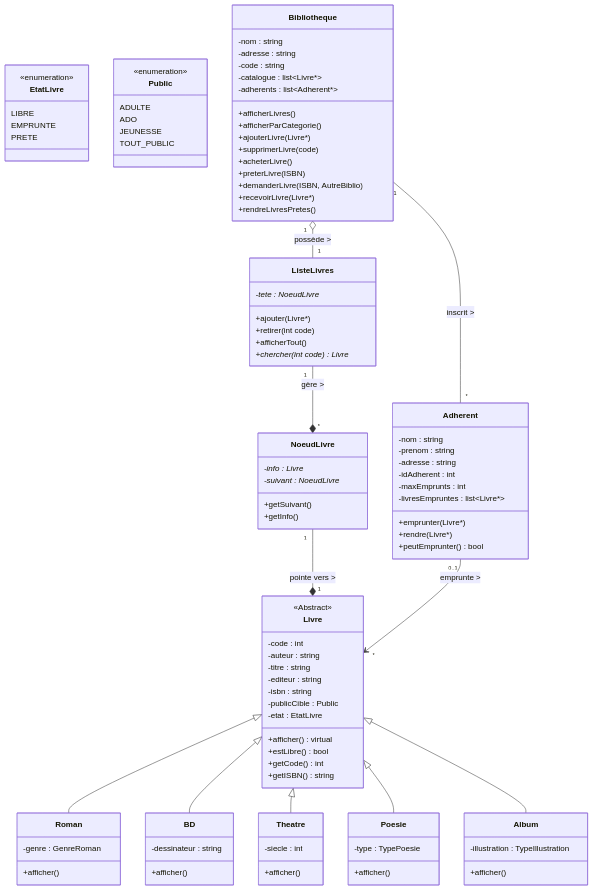
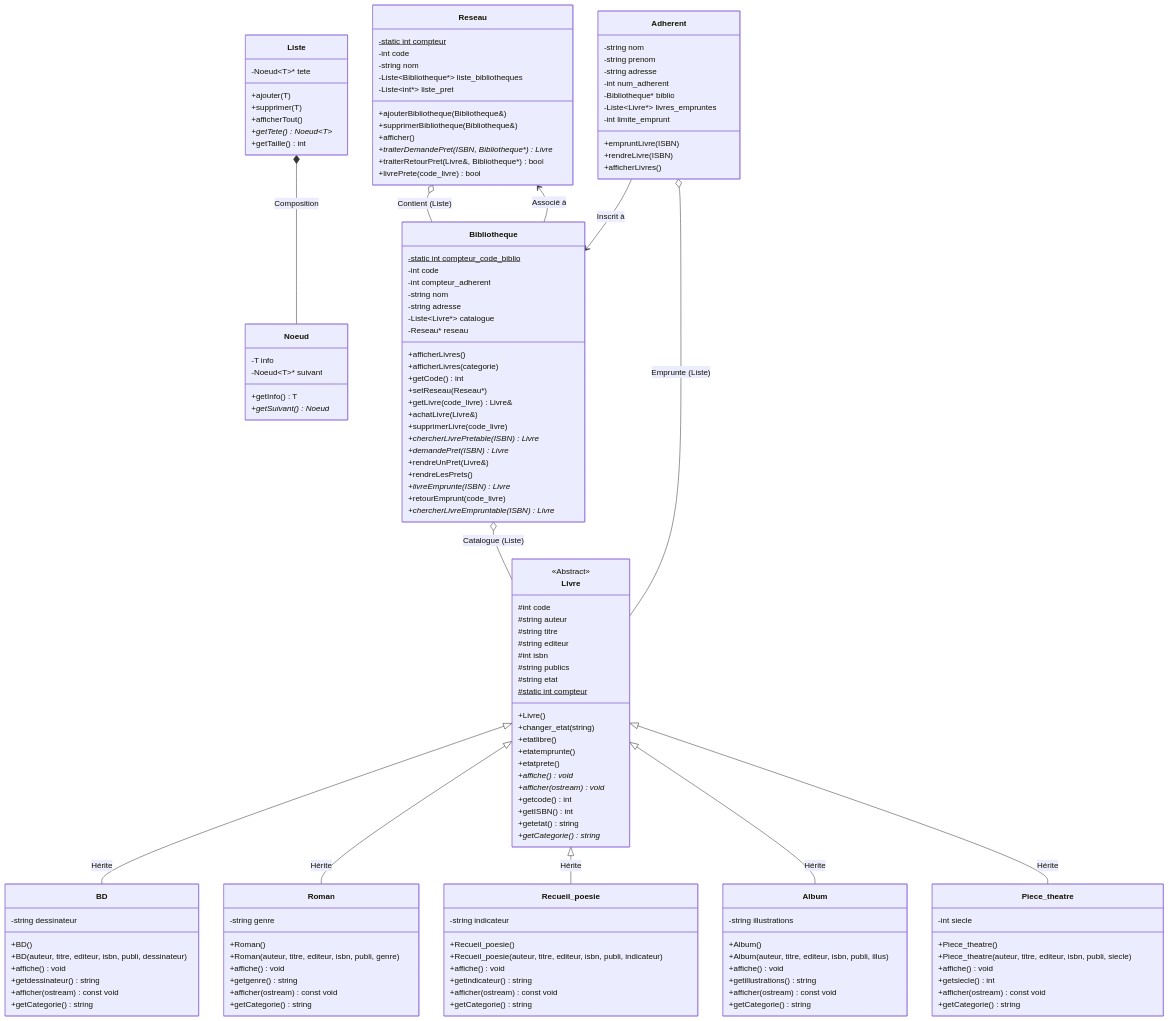
One commit to maxsils/Projet_Cpp changed the diagram in diagram/diagram_uml.md. Above: the diagram before and after it, drawn with Mermaid.

Commit message:
Actualisation du diagramme UML

````diff
--- a/diagram/diagram_uml.md
+++ b/diagram/diagram_uml.md
@@ -1,117 +1,161 @@
 ```mermaid
 classDiagram
-    class EtatLivre {
-        <<enumeration>>
-        LIBRE
-        EMPRUNTE
-        PRETE
-    }
+    %% --- RELATIONS D'HÉRITAGE (Polymorphisme) ---
+    Livre <|-- BD : Hérite
+    Livre <|-- Roman : Hérite
+    Livre <|-- Recueil_poesie : Hérite
+    Livre <|-- Album : Hérite
+    Livre <|-- Piece_theatre : Hérite
 
-    class Public {
-        <<enumeration>>
-        ADULTE
-        ADO
-        JEUNESSE
-        TOUT_PUBLIC
-    }
+    %% --- RELATIONS DE COMPOSITION/AGRÉGATION (Structures) ---
+    Liste *-- Noeud : Composition
+    
+    %% --- RELATIONS ENTRE ENTITÉS PRINCIPALES ---
+    Reseau o-- Bibliotheque : Contient (Liste)
+    Bibliotheque o-- Livre : Catalogue (Liste)
+    Bibliotheque --> Reseau : Associé à
+    Adherent --> Bibliotheque : Inscrit à
+    Adherent o-- Livre : Emprunte (Liste)
+
+    %% --- DÉFINITION DES CLASSES ---
 
     class Livre {
         <<Abstract>>
-        -code : int
-        -auteur : string
-        -titre : string
-        -editeur : string
-        -isbn : string
-        -publicCible : Public
-        -etat : EtatLivre
-        +afficher() virtual
-        +estLibre() bool
-        +getCode() int
-        +getISBN() string
+        #int code
+        #string auteur
+        #string titre
+        #string editeur
+        #int isbn
+        #string publics
+        #string etat
+        #static int compteur$
+        +Livre()
+        +changer_etat(string)
+        +etatlibre()
+        +etatemprunte()
+        +etatprete()
+        +affiche()* void
+        +afficher(ostream)* void
+        +getcode() int
+        +getISBN() int
+        +getetat() string
+        +getCategorie()* string
     }
 
     class Roman {
-        -genre : GenreRoman
-        +afficher()
+        -string genre
+        +Roman()
+        +Roman(auteur, titre, editeur, isbn, publi, genre)
+        +affiche() void
+        +getgenre() string
+        +afficher(ostream) const void
+        +getCategorie() string
+    }
+
+    class Recueil_poesie {
+        -string indicateur
+        +Recueil_poesie()
+        +Recueil_poesie(auteur, titre, editeur, isbn, publi, indicateur)
+        +affiche() void
+        +getindicateur() string
+        +afficher(ostream) const void
+        +getCategorie() string
+    }
+
+    class Album {
+        -string illustrations
+        +Album()
+        +Album(auteur, titre, editeur, isbn, publi, illus)
+        +affiche() void
+        +getillustrations() string
+        +afficher(ostream) const void
+        +getCategorie() string
+    }
+
+    class Piece_theatre {
+        -int siecle
+        +Piece_theatre()
+        +Piece_theatre(auteur, titre, editeur, isbn, publi, siecle)
+        +affiche() void
+        +getsiecle() int
+        +afficher(ostream) const void
+        +getCategorie() string
     }
 
     class BD {
-        -dessinateur : string
-        +afficher()
+        -string dessinateur
+        +BD()
+        +BD(auteur, titre, editeur, isbn, publi, dessinateur)
+        +affiche() void
+        +getdessinateur() string
+        +afficher(ostream) const void
+        +getCategorie() string
     }
 
-    class Theatre {
-        -siecle : int
-        +afficher()
+    class Bibliotheque {
+        -static int compteur_code_biblio$
+        -int code
+        -int compteur_adherent
+        -string nom
+        -string adresse
+        -Liste~Livre*~ catalogue
+        -Reseau* reseau
+        +afficherLivres()
+        +afficherLivres(categorie)
+        +getCode() int
+        +setReseau(Reseau*)
+        +getLivre(code_livre) Livre&
+        +achatLivre(Livre&)
+        +supprimerLivre(code_livre)
+        +chercherLivrePretable(ISBN) Livre*
+        +demandePret(ISBN) Livre*
+        +rendreUnPret(Livre&)
+        +rendreLesPrets()
+        +livreEmprunte(ISBN) Livre*
+        +retourEmprunt(code_livre)
+        +chercherLivreEmpruntable(ISBN) Livre*
     }
 
-    class Poesie {
-        -type : TypePoesie
+    class Reseau {
+        -static int compteur$
+        -int code
+        -string nom
+        -Liste~Bibliotheque*~ liste_bibliotheques
+        -Liste~int*~ liste_pret
+        +ajouterBibliotheque(Bibliotheque&)
+        +supprimerBibliotheque(Bibliotheque&)
         +afficher()
-    }
-
-    class Album {
-        -illustration : TypeIllustration
-        +afficher()
+        +traiterDemandePret(ISBN, Bibliotheque*) Livre*
+        +traiterRetourPret(Livre&, Bibliotheque*) bool
+        +livrePrete(code_livre) bool
     }
 
     class Adherent {
-        -nom : string
-        -prenom : string
-        -adresse : string
-        -idAdherent : int
-        -maxEmprunts : int
-        -livresEmpruntes : list~Livre*~
-        +emprunter(Livre*)
-        +rendre(Livre*)
-        +peutEmprunter() bool
+        -string nom
+        -string prenom
+        -string adresse
+        -int num_adherent
+        -Bibliotheque* biblio
+        -Liste~Livre*~ livres_empruntes
+        -int limite_emprunt
+        +empruntLivre(ISBN)
+        +rendreLivre(ISBN)
+        +afficherLivres()
     }
 
-    class Bibliotheque {
-        -nom : string
-        -adresse : string
-        -code : string
-        -catalogue : list~Livre*~
-        -adherents : list~Adherent*~
-        +afficherLivres()
-        +afficherParCategorie()
-        +ajouterLivre(Livre*)
-        +supprimerLivre(code)
-        +acheterLivre()
-        +preterLivre(ISBN)
-        +demanderLivre(ISBN, AutreBiblio)
-        +recevoirLivre(Livre*)
-        +rendreLivresPretes()
+    class Liste~T~ {
+        -Noeud~T~* tete
+        +ajouter(T)
+        +supprimer(T)
+        +afficherTout()
+        +getTete() Noeud~T~*
+        +getTaille() int
     }
 
-    class NoeudLivre {
-        -info : Livre*
-        -suivant : NoeudLivre*
-        +getSuivant()
-        +getInfo()
+    class Noeud~T~ {
+        -T info
+        -Noeud~T~* suivant
+        +getInfo() T
+        +getSuivant() Noeud*
     }
-
-    class ListeLivres {
-        -tete : NoeudLivre*
-        +ajouter(Livre*)
-        +retirer(int code)
-        +afficherTout()
-        +chercher(int code) Livre*
-    }
-
-    
-
-    %% Relations d'héritage
-    Livre <|-- Roman
-    Livre <|-- BD
-    Livre <|-- Theatre
-    Livre <|-- Poesie
-    Livre <|-- Album
-
-    %% Relations d'association
-    Bibliotheque "1" o-- "1" ListeLivres : possède >
-    ListeLivres "1" --* "*" NoeudLivre : gère >
-    NoeudLivre "1" --* "1" Livre : pointe vers >
-    Bibliotheque "1" -- "*" Adherent : inscrit >
-    Adherent "0..1" --> "*" Livre : emprunte >
 ```
````
